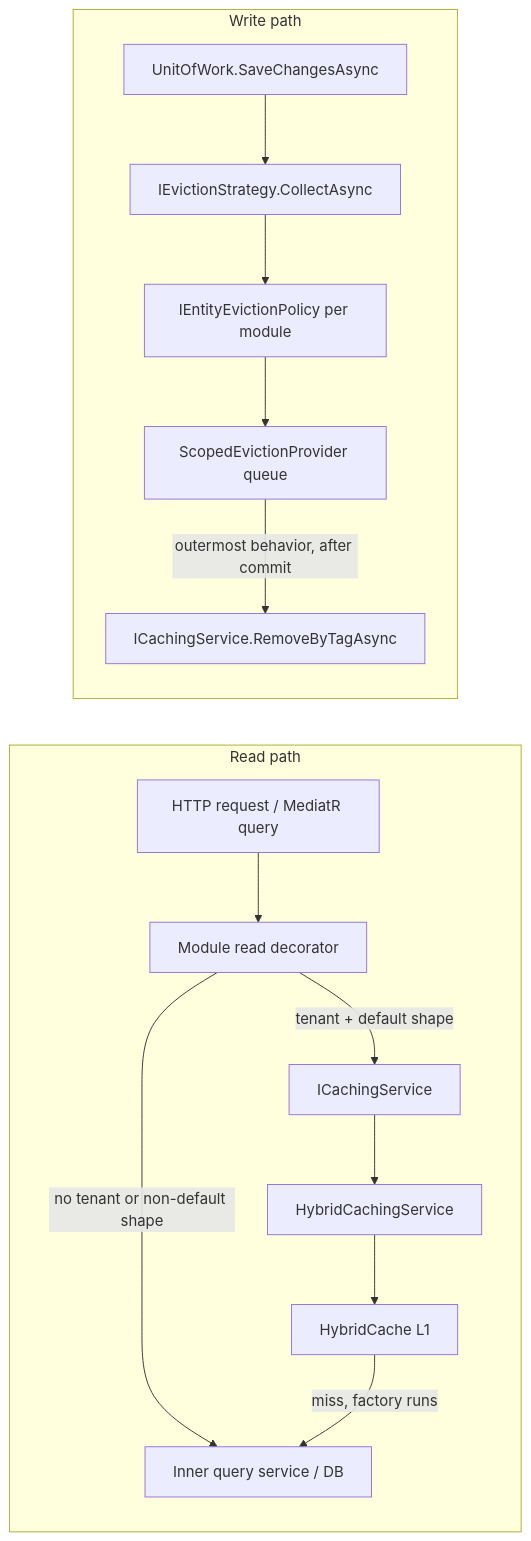
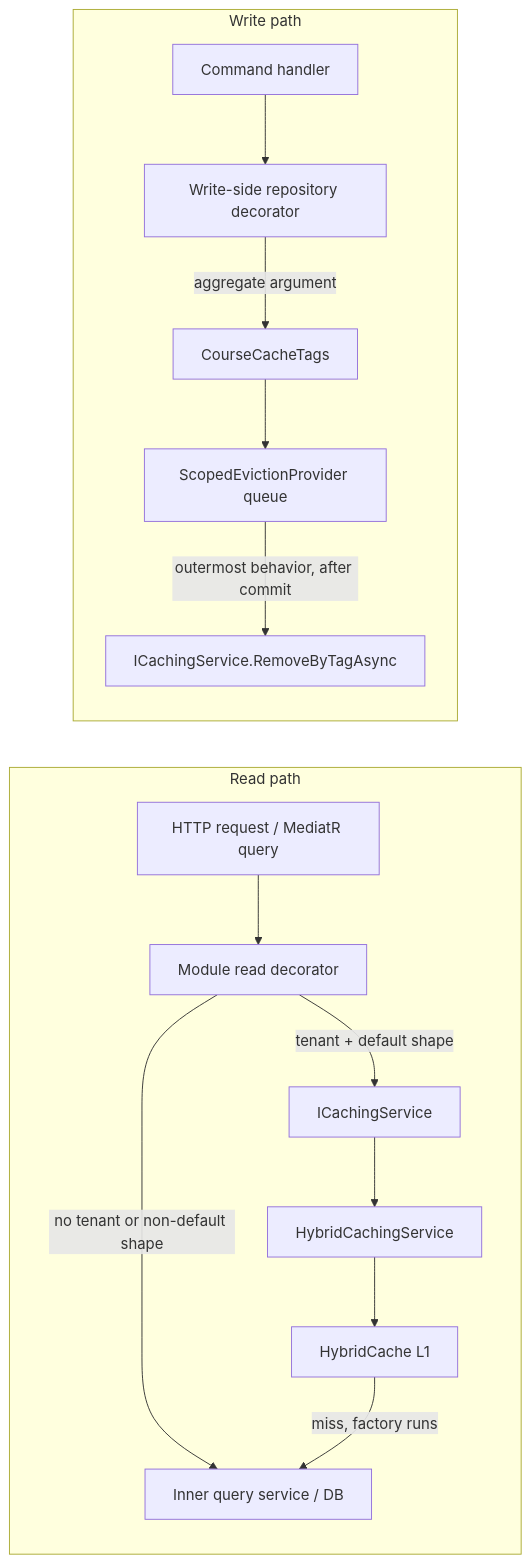
The first of 2 diagrams in docs/caching/README.md (Azero77/alpha-zero), drawn with Mermaid before and after one commit. The commit also changed other lines of this file and 37 other files, not shown here.

````diff
--- a/docs/caching/README.md
+++ b/docs/caching/README.md
@@ -32,18 +32,18 @@
 ```mermaid
 flowchart LR
     subgraph Read path
         A[HTTP request / MediatR query] --> B[Module read decorator]
         B -->|no tenant or non-default shape| C[Inner query service / DB]
         B -->|tenant + default shape| D[ICachingService]
         D --> E[HybridCachingService]
         E --> F[HybridCache L1]
         F -->|miss, factory runs| C
     end
 
     subgraph Write path
-        H[UnitOfWork.SaveChangesAsync] --> I[IEvictionStrategy.CollectAsync]
-        I --> J[IEntityEvictionPolicy per module]
-        J --> K[ScopedEvictionProvider queue]
-        K -->|outermost behavior, after commit| L[ICachingService.RemoveByTagAsync]
+        G[Command handler] --> H[Write-side repository decorator]
+        H -->|aggregate argument| I[CourseCacheTags]
+        I --> J[ScopedEvictionProvider queue]
+        J -->|outermost behavior, after commit| K[ICachingService.RemoveByTagAsync]
     end
 ```
````
